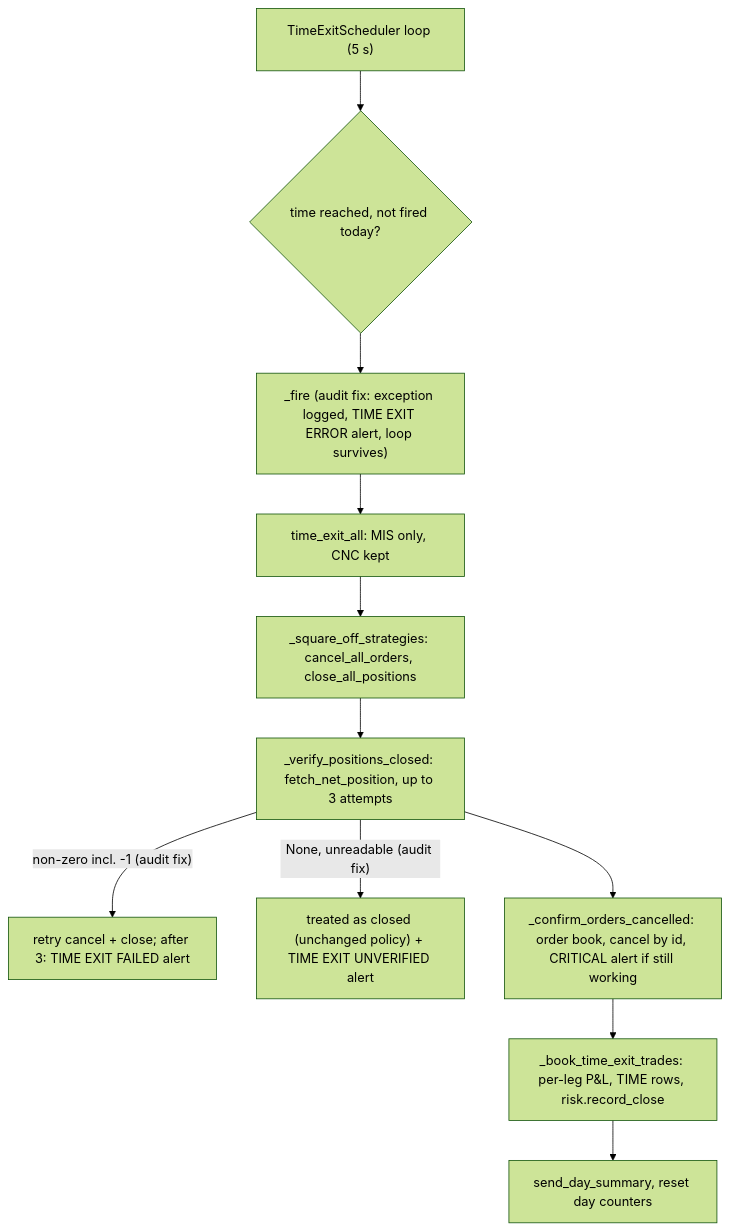
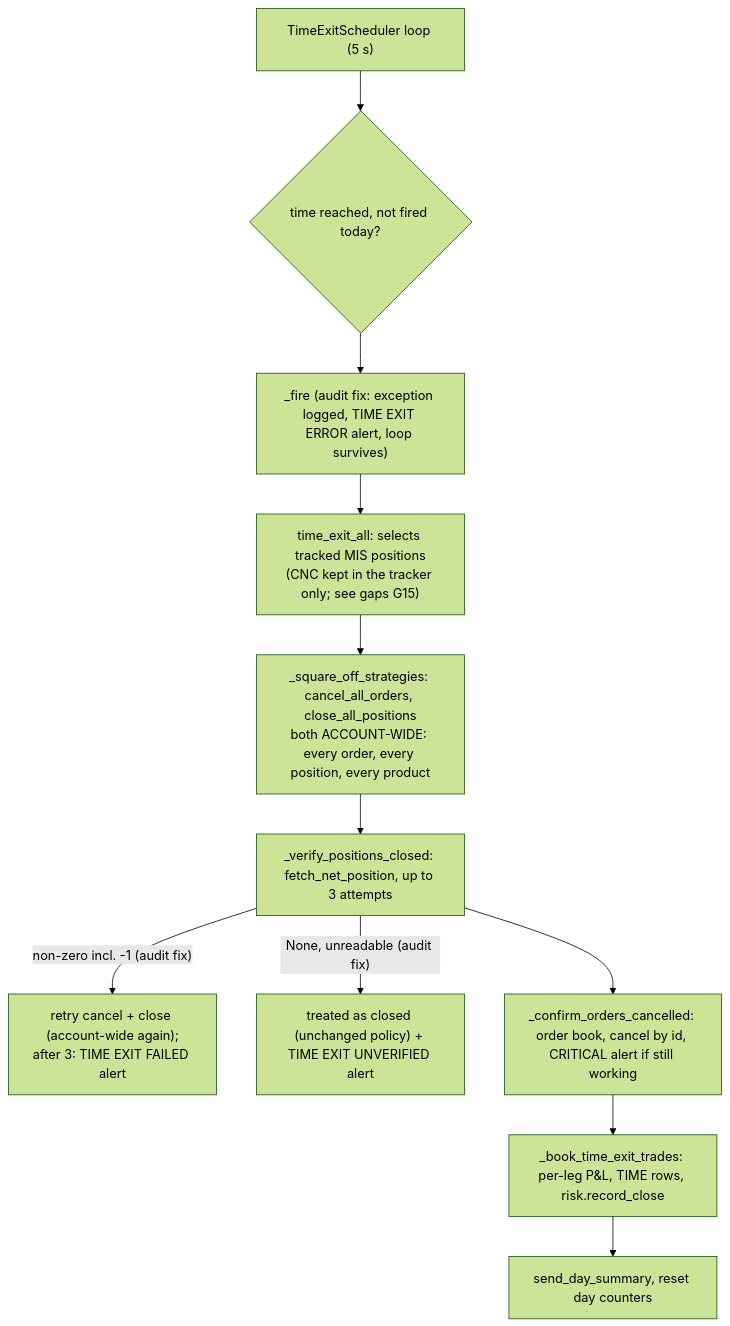
The seventh of 9 diagrams in signal_engine/docs/architecture/execution-flow.md (algocrafterz/openalgo), drawn with Mermaid (forest theme) before and after one commit. The commit also changed 1 other file, not shown here.

Commit message:
docs(signal_engine): record that the time exit flattens the whole account (G15)
closeposition and cancelallorder ignore the strategy tag, so the 14:45 time exit
and its retry close every position in every product and cancel every working
order. Records why strategy-level verification alone would raise false
"still open" retries with these calls, and the per-position square-off as a
separate follow-up needing paper validation. No code change (owner decision).

````diff
--- a/signal_engine/docs/architecture/execution-flow.md
+++ b/signal_engine/docs/architecture/execution-flow.md
@@ -163,13 +163,13 @@
 ```mermaid
 flowchart TD
     A["TimeExitScheduler loop (5 s)"] --> B{"time reached, not fired today?"}
     B --> C["_fire (audit fix: exception logged, TIME EXIT ERROR alert, loop survives)"]
-    C --> D["time_exit_all: MIS only, CNC kept"]
-    D --> E["_square_off_strategies: cancel_all_orders, close_all_positions"]
+    C --> D["time_exit_all: selects tracked MIS positions<br/>(CNC kept in the tracker only; see gaps G15)"]
+    D --> E["_square_off_strategies: cancel_all_orders, close_all_positions<br/>both ACCOUNT-WIDE: every order, every position, every product"]
     E --> F["_verify_positions_closed: fetch_net_position, up to 3 attempts"]
-    F -->|"non-zero incl. -1 (audit fix)"| F1["retry cancel + close; after 3: TIME EXIT FAILED alert"]
+    F -->|"non-zero incl. -1 (audit fix)"| F1["retry cancel + close (account-wide again);<br/>after 3: TIME EXIT FAILED alert"]
     F -->|"None, unreadable (audit fix)"| F2["treated as closed (unchanged policy) + TIME EXIT UNVERIFIED alert"]
     F --> G["_confirm_orders_cancelled: order book, cancel by id, CRITICAL alert if still working"]
     G --> H["_book_time_exit_trades: per-leg P&L, TIME rows, risk.record_close"]
     H --> I["send_day_summary, reset day counters"]
 ```
````
